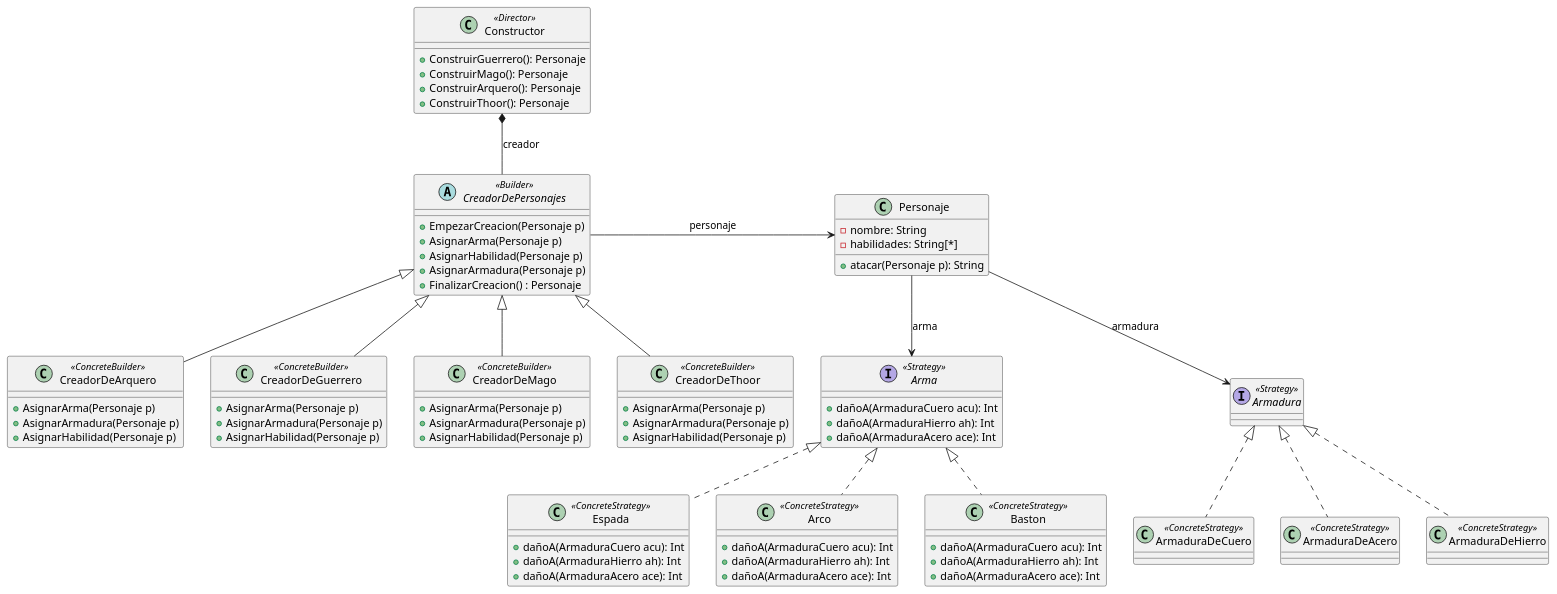
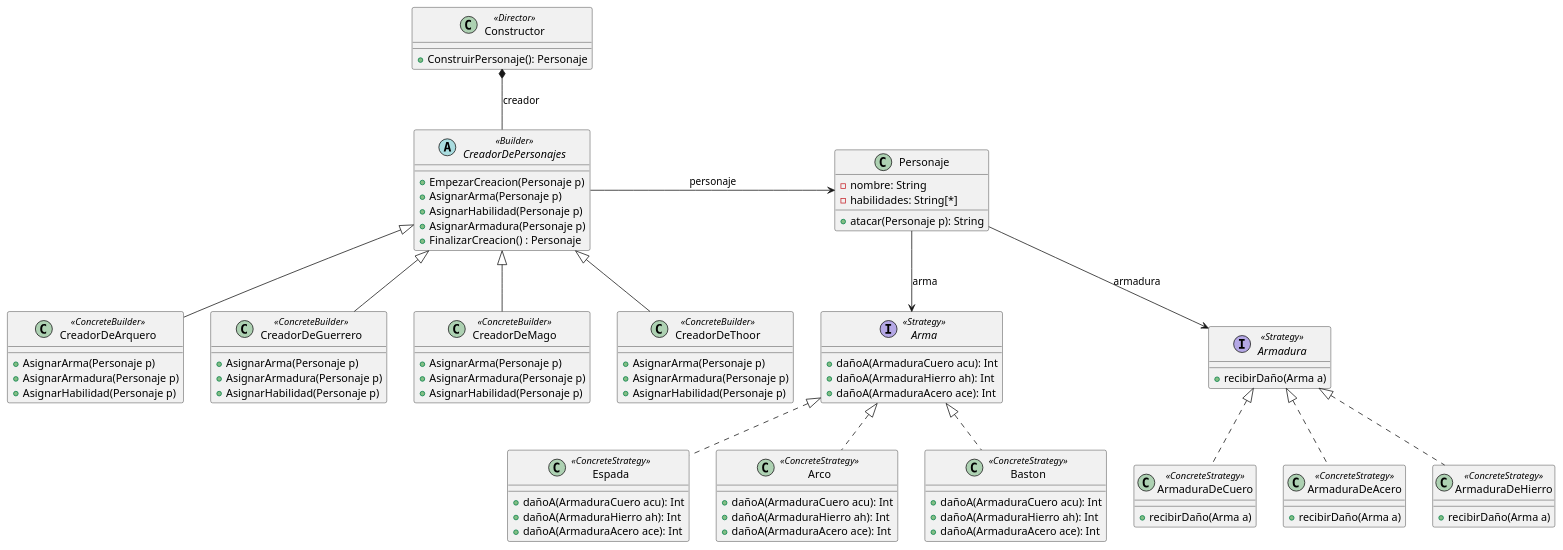
One commit to BautistaMarquez/Tercero-PrimerCuatrimestre changed the diagram in Objetos 2/UMLs/Ejercicio20Patrones.puml. Above: the diagram before and after it, drawn with PlantUML. The commit also changed 4 other files, not shown here.

```diff
--- a/Objetos 2/UMLs/Ejercicio20Patrones.puml
+++ b/Objetos 2/UMLs/Ejercicio20Patrones.puml
@@ -1,112 +1,114 @@
 @startuml Ejercicio20
 
 Arma <|.. Espada
 Arma <|.. Arco
 Arma <|.. Baston
 Armadura <|.. ArmaduraDeCuero
 Armadura <|.. ArmaduraDeAcero
 Armadura <|.. ArmaduraDeHierro
 Personaje --> Arma : arma 
 Personaje --> Armadura : armadura 
 CreadorDePersonajes -> Personaje : personaje
 CreadorDePersonajes <|-- CreadorDeArquero
 CreadorDePersonajes <|-- CreadorDeGuerrero
 CreadorDePersonajes <|-- CreadorDeMago
 CreadorDePersonajes <|-- CreadorDeThoor
 Constructor *-- CreadorDePersonajes : creador
 
 'Estaba en la duda de hacer una Strategy con los personajes, pero entiendo que justamente tienen el nombre para Identificarse entonces lo mas sensato es hacer un Strategy de Armadura y la clase Personaje se diferencia de otra por su nombre.
 
 'Para crear los personajes, uso un Builder? Pq deberia tener dos directores que indiquen el orden, ya que el mago tiene 2 habilidades y el guerrero 1 (Entiendo que el arquero tendria combate a distancia aunque no diga nada).
+
+'BUILDER: NO INDICA LA CANTIDAD DE VECES QUE TIENE QUE HACER ALGO? OSEA SE SUPONE QUE EL MAGO POR EJEMPLO HACE DOS HABLIDADES Y EL GUERRERO UNA? PERO ESTO LO HARIA EN EL CONCRETO
 
 interface Arma <<Strategy>>{
     +dañoA(ArmaduraCuero acu): Int 
     +dañoA(ArmaduraHierro ah): Int 
     +dañoA(ArmaduraAcero ace): Int 
 }
 
 class Espada <<ConcreteStrategy>>{
     +dañoA(ArmaduraCuero acu): Int 
     +dañoA(ArmaduraHierro ah): Int 
     +dañoA(ArmaduraAcero ace): Int 
 }
 
 class Arco <<ConcreteStrategy>>{
     +dañoA(ArmaduraCuero acu): Int 
     +dañoA(ArmaduraHierro ah): Int 
     +dañoA(ArmaduraAcero ace): Int 
 }
 
 Class Baston <<ConcreteStrategy>>{
     +dañoA(ArmaduraCuero acu): Int 
     +dañoA(ArmaduraHierro ah): Int 
     +dañoA(ArmaduraAcero ace): Int 
 }
 
 'El String seria para saber si gano o perdio? Aunque en realidad los dos reciben daño. Supuestamente el que ataca nada mas hace daño, en este caso.
 'En vez de combatir le pongo atacar.
 class Personaje{
     -nombre: String
     -habilidades: String[*]
     +atacar(Personaje p): String 
 }
 
 'Lo que me hace ruido, es que queda vacia porque no tiene una defenesa o un algo que le pueda aplicar. 
 'Sino que hago, lo identifico por un String?
 'Pq encima no tienen algo que sea defensa contra 
 interface Armadura <<Strategy>>{ 
+    +recibirDaño(Arma a)
 
 }
 
 class ArmaduraDeCuero <<ConcreteStrategy>>{
-
+    +recibirDaño(Arma a)
 }
 
 class ArmaduraDeHierro <<ConcreteStrategy>>{
-
+    +recibirDaño(Arma a)
 }
 
 class ArmaduraDeAcero <<ConcreteStrategy>>{
-
+    +recibirDaño(Arma a)
 }
 
 'Utilizo varios metodos debido al orden y cantidad de armas/habilidades. Se pueden usar varios metodos de esta forma en un director o un director es igual a un metodo/orden.
+'El ConstruirPersonajeADistancia seria para Mago y Thoor
 class Constructor <<Director>>{
-    +ConstruirGuerrero(): Personaje
-    +ConstruirMago(): Personaje
-    +ConstruirArquero(): Personaje
-    +ConstruirThoor(): Personaje
+    +ConstruirPersonaje(): Personaje
 }
 
 abstract class CreadorDePersonajes <<Builder>>{
     +EmpezarCreacion(Personaje p)
     +AsignarArma(Personaje p)
     +AsignarHabilidad(Personaje p)
     +AsignarArmadura(Personaje p)
     +FinalizarCreacion() : Personaje
 }
 
 class CreadorDeGuerrero <<ConcreteBuilder>>{
     +AsignarArma(Personaje p)
     +AsignarArmadura(Personaje p)
     +AsignarHabilidad(Personaje p)
 }
 
 class CreadorDeArquero <<ConcreteBuilder>>{
     +AsignarArma(Personaje p)
     +AsignarArmadura(Personaje p)
     +AsignarHabilidad(Personaje p)
 }
 
 class CreadorDeMago <<ConcreteBuilder>>{
     +AsignarArma(Personaje p)
     +AsignarArmadura(Personaje p)
     +AsignarHabilidad(Personaje p)
 }
 
 class CreadorDeThoor <<ConcreteBuilder>>{
     +AsignarArma(Personaje p)
     +AsignarArmadura(Personaje p)
     +AsignarHabilidad(Personaje p)
 }
+
 @enduml
```
